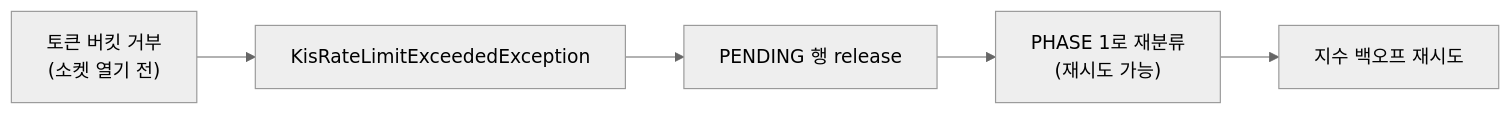
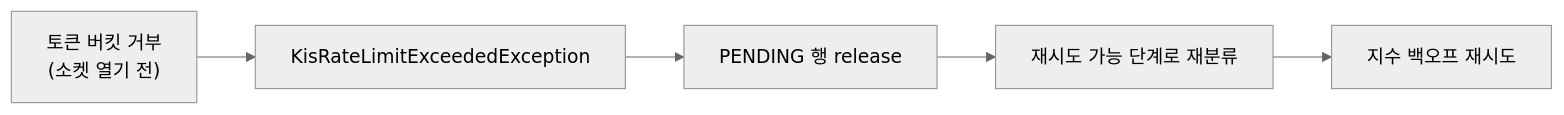
The second of 2 diagrams in _docs/Troubleshooting/3.redis-ratelimit-cache-adoption.md (Lib0823/AssetManage_Agent-Project), drawn with Mermaid (neutral theme) before and after one commit. The commit also changed other lines of this file and 2 other files, not shown here.

````diff
--- a/_docs/Troubleshooting/3.redis-ratelimit-cache-adoption.md
+++ b/_docs/Troubleshooting/3.redis-ratelimit-cache-adoption.md
@@ -103,7 +65,7 @@
 ```mermaid
 graph LR
     TB["토큰 버킷 거부<br/>(소켓 열기 전)"] --> EX["KisRateLimitExceededException"]
     EX --> REL["PENDING 행 release"]
-    REL --> P1["PHASE 1로 재분류<br/>(재시도 가능)"]
+    REL --> P1["재시도 가능 단계로 재분류"]
     P1 --> RETRY["지수 백오프 재시도"]
 ```
````
